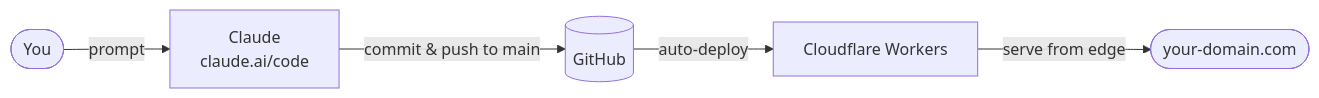
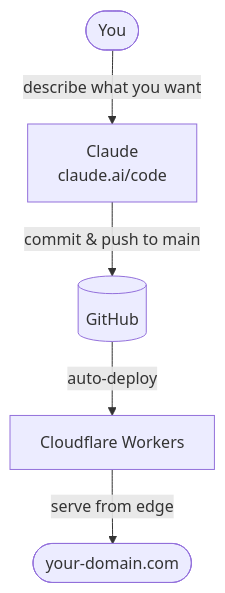
One commit to bdelamatre/claude-personal-website-builder changed the diagram in README.md. Above: the diagram before and after it, drawn with Mermaid.

Commit message:
Make workflow diagram vertical
https://claude.ai/code/session_01VaaZT5LPTApiFirpbNFQM2

````diff
--- a/README.md
+++ b/README.md
@@ -7,7 +7,7 @@
 ```mermaid
-flowchart LR
-    A([You]) -->|prompt| B[Claude\nclaude.ai/code]
+flowchart TD
+    A([You]) -->|describe what you want| B[Claude\nclaude.ai/code]
     B -->|commit & push to main| C[(GitHub)]
     C -->|auto-deploy| D[Cloudflare Workers]
     D -->|serve from edge| E([your-domain.com])
 ```
````
